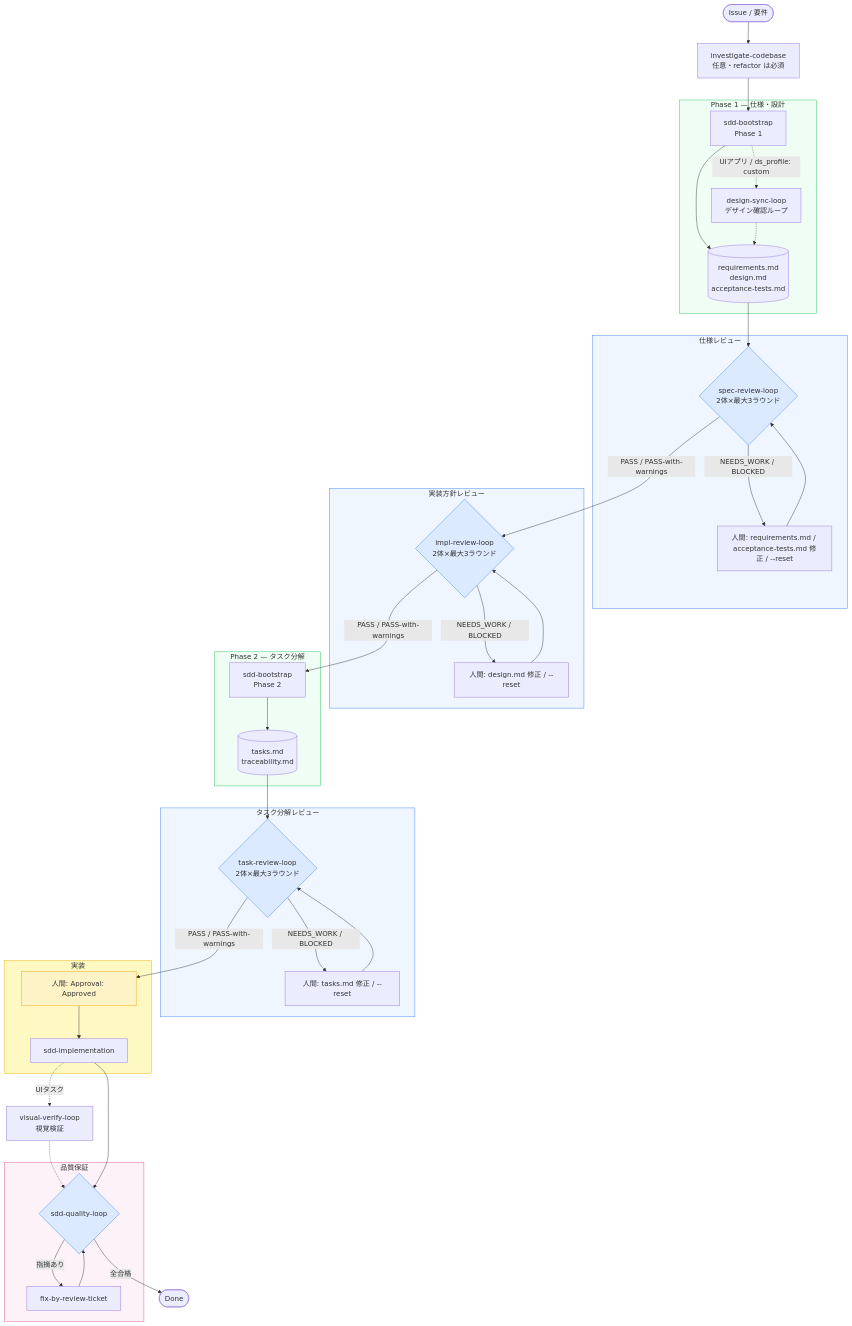
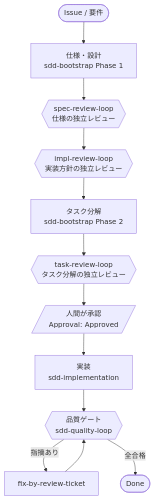
The first of 3 diagrams in README.md (aharada54914/sdd-forge), drawn with Mermaid before and after one commit. The commit also changed other lines of this file and 2 other files, not shown here.

Commit message:
docs: restructure README diagrams and add docs map (Phase 1)
- README: replace duplicated flow charts with a lifecycle diagram and a
  Full/Lite/Bugfix/brownfield track-selection diagram; compact doc map
- docs/README.md: new purpose-based documentation map (canonical)
- architecture/overview: drop the stale hard-coded plugin version label

Claude-Session: https://claude.ai/code/session_01C8vM3bNS4eWSTmjXdHqf9z

````diff
--- a/README.md
+++ b/README.md
@@ -24,68 +26,14 @@
 ```mermaid
 flowchart TD
-    A([Issue / 要件]) --> B[investigate-codebase<br/>任意・refactor は必須]
-
-    subgraph ph1["Phase 1 — 仕様・設計"]
-        C[sdd-bootstrap<br/>Phase 1] --> D1[(requirements.md<br/>design.md<br/>acceptance-tests.md)]
-        C -. "UIアプリ / ds_profile: custom" .-> DSL[design-sync-loop<br/>デザイン確認ループ]
-        DSL -.-> D1
-    end
-
-    subgraph sr["仕様レビュー"]
-        S{spec-review-loop<br/>2体×最大3ラウンド}
-        SR[人間: requirements.md / acceptance-tests.md 修正 / --reset]
-        S -- NEEDS_WORK / BLOCKED --> SR --> S
-    end
-
-    subgraph ir["実装方針レビュー"]
-        E{impl-review-loop<br/>2体×最大3ラウンド}
-        F[人間: design.md 修正 / --reset]
-        E -- NEEDS_WORK / BLOCKED --> F --> E
-    end
-
-    subgraph ph2["Phase 2 — タスク分解"]
-        G[sdd-bootstrap<br/>Phase 2] --> H[(tasks.md<br/>traceability.md)]
-    end
-
-    subgraph tr["タスク分解レビュー"]
-        I{task-review-loop<br/>2体×最大3ラウンド}
-        J[人間: tasks.md 修正 / --reset]
-        I -- NEEDS_WORK / BLOCKED --> J --> I
-    end
-
-    subgraph impl["実装"]
-        K[人間: Approval: Approved]
-        L[sdd-implementation]
-    end
-
-    subgraph qg["品質保証"]
-        M{sdd-quality-loop}
-        N[fix-by-review-ticket]
-        M -- 指摘あり --> N --> M
-    end
-
-    B --> C
-    D1 --> S
-    S -- PASS / PASS-with-warnings --> E
-    E -- PASS / PASS-with-warnings --> G
-    H --> I
-    I -- PASS / PASS-with-warnings --> K
-    K --> L
-    L -. "UIタスク" .-> VVL[visual-verify-loop<br/>視覚検証]
-    VVL -.-> M
-    L --> M
-    M -- 全合格 --> O([Done])
-
-    style S fill:#dbeafe,stroke:#3b82f6
-    style E fill:#dbeafe,stroke:#3b82f6
-    style I fill:#dbeafe,stroke:#3b82f6
-    style M fill:#dbeafe,stroke:#3b82f6
-    style K fill:#fef3c7,stroke:#f59e0b
-    style ph1 fill:#f0fdf4,stroke:#22c55e
-    style ph2 fill:#f0fdf4,stroke:#22c55e
-    style sr fill:#eff6ff,stroke:#3b82f6
-    style ir fill:#eff6ff,stroke:#3b82f6
-    style tr fill:#eff6ff,stroke:#3b82f6
-    style impl fill:#fef9c3,stroke:#eab308
-    style qg fill:#fdf2f8,stroke:#ec4899
+    A([Issue / 要件]) --> P1["仕様・設計<br/>sdd-bootstrap Phase 1"]
+    P1 --> R1{{"spec-review-loop<br/>仕様の独立レビュー"}}
+    R1 --> R2{{"impl-review-loop<br/>実装方針の独立レビュー"}}
+    R2 --> P2["タスク分解<br/>sdd-bootstrap Phase 2"]
+    P2 --> R3{{"task-review-loop<br/>タスク分解の独立レビュー"}}
+    R3 --> H[/"人間が承認<br/>Approval: Approved"/]
+    H --> I["実装<br/>sdd-implementation"]
+    I --> Q{{"品質ゲート<br/>sdd-quality-loop"}}
+    Q -->|指摘あり| X["fix-by-review-ticket"]
+    X --> Q
+    Q -->|全合格| Z([Done])
 ```
````
